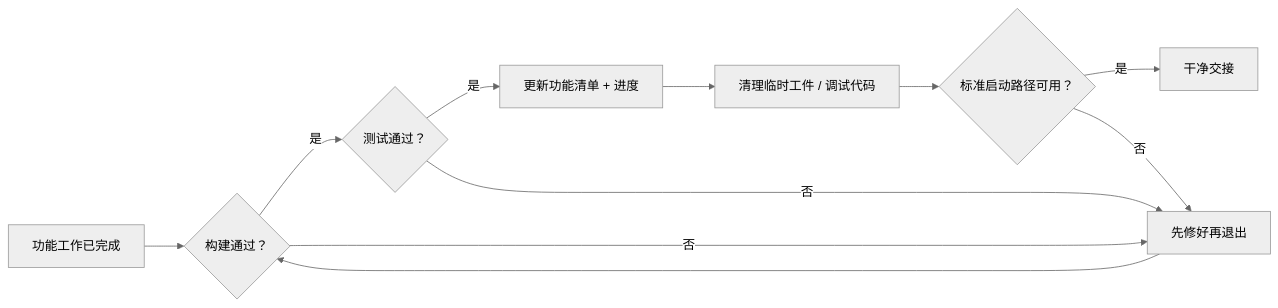
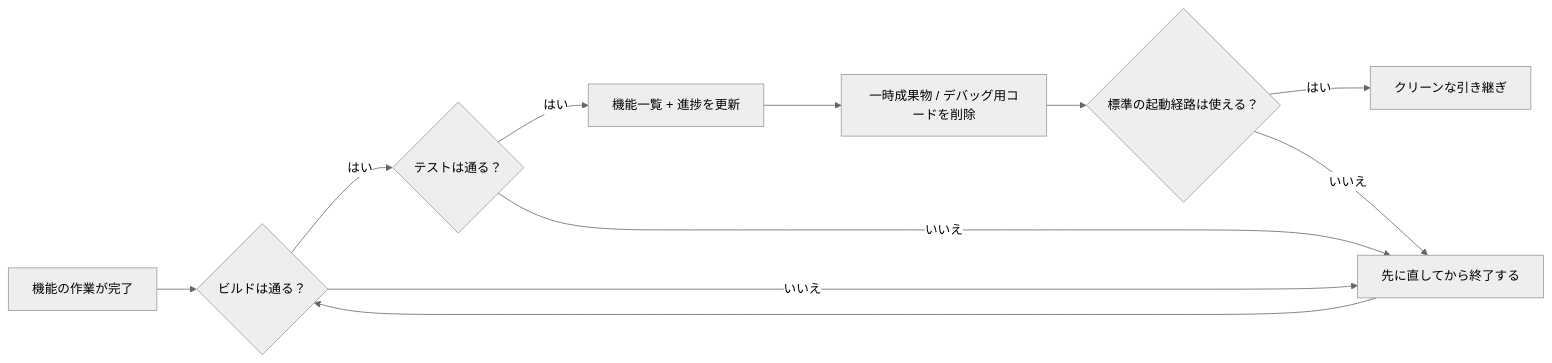
Before and after one commit to mkusaka/learn-harness-engineering: the first of 2 diagrams in docs/zh/lectures/lecture-12-why-every-session-must-leave-a-clean-state/index.md, drawn with Mermaid (neutral theme). The commit also changed other lines of this file and 571 other files, not shown here.

````diff
--- a/docs/zh/lectures/lecture-12-why-every-session-must-leave-a-clean-state/index.md
+++ b/docs/zh/lectures/lecture-12-why-every-session-must-leave-a-clean-state/index.md
@@ -34,13 +34,13 @@
 ```mermaid
 flowchart LR
-    Work["功能工作已完成"] --> Build{"构建通过？"}
-    Build -->|是| Test{"测试通过？"}
-    Build -->|否| Fix["先修好再退出"]
-    Test -->|是| Record["更新功能清单 + 进度"]
-    Test -->|否| Fix
-    Record --> Cleanup["清理临时工件 / 调试代码"]
-    Cleanup --> Startup{"标准启动路径可用？"}
-    Startup -->|是| Clean["干净交接"]
-    Startup -->|否| Fix
+    Work["機能の作業が完了"] --> Build{"ビルドは通る？"}
+    Build -->|はい| Test{"テストは通る？"}
+    Build -->|いいえ| Fix["先に直してから終了する"]
+    Test -->|はい| Record["機能一覧 + 進捗を更新"]
+    Test -->|いいえ| Fix
+    Record --> Cleanup["一時成果物 / デバッグ用コードを削除"]
+    Cleanup --> Startup{"標準の起動経路は使える？"}
+    Startup -->|はい| Clean["クリーンな引き継ぎ"]
+    Startup -->|いいえ| Fix
     Fix --> Build
 ```
````
